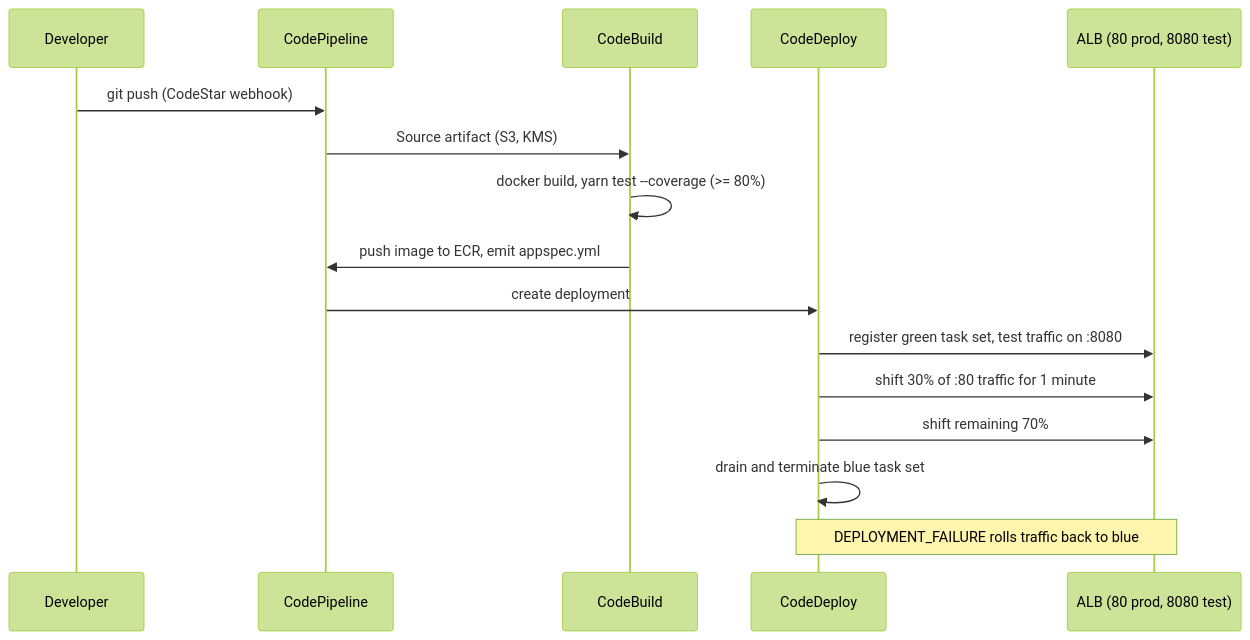
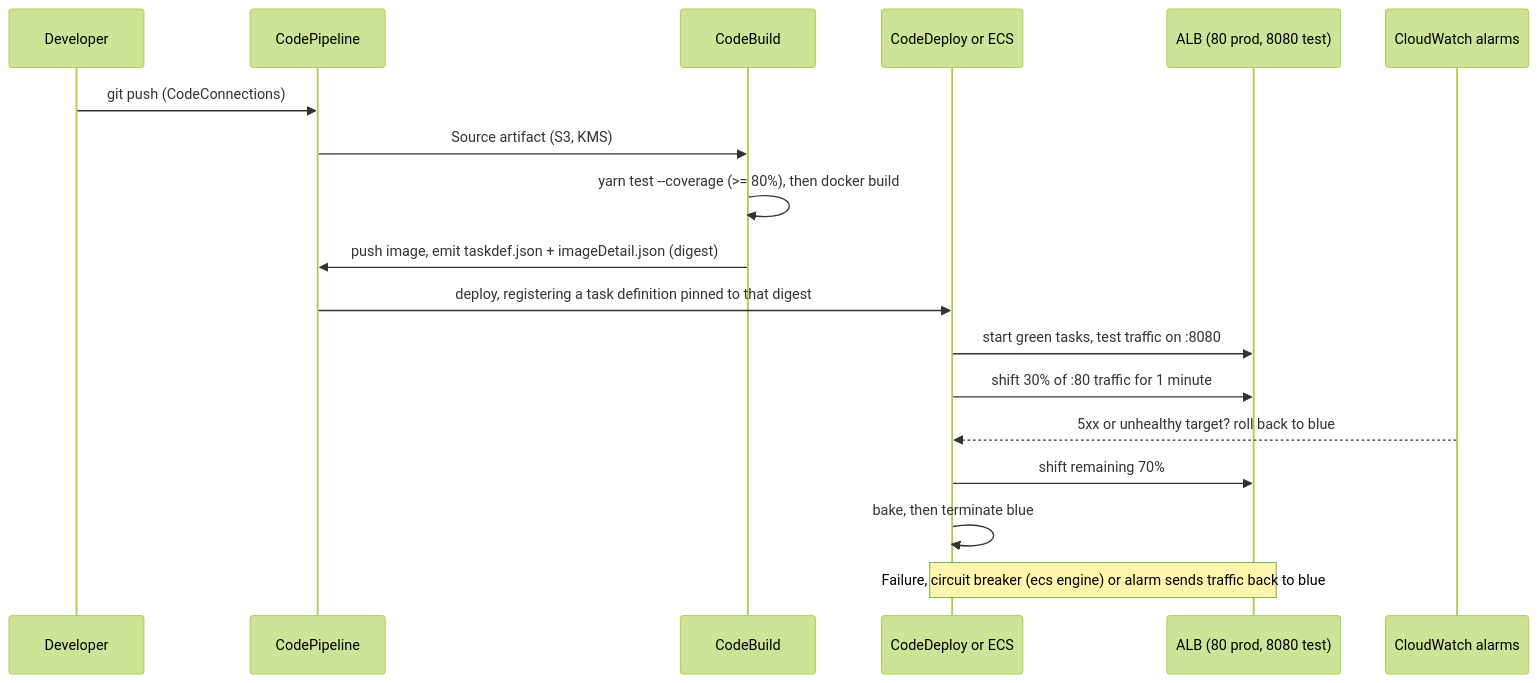
One commit to Sagargupta16/Blue_Green_AWS_Terraform changed the second of 2 diagrams in README.md. Above: the diagram before and after it, drawn with Mermaid (forest theme). The commit also changed other lines of this file and 50 other files, not shown here.

First line of the commit message:
feat: ecs native blue/green, digest-pinned deploys, alarm rollback and s3 state (#75)

````diff
--- a/README.md
+++ b/README.md
@@ -213,18 +265,20 @@
 ```mermaid
 sequenceDiagram
     participant Dev as Developer
     participant CP as CodePipeline
     participant CB as CodeBuild
-    participant CD as CodeDeploy
+    participant CD as CodeDeploy or ECS
     participant ALB as ALB (80 prod, 8080 test)
-    Dev->>CP: git push (CodeStar webhook)
+    participant CW as CloudWatch alarms
+    Dev->>CP: git push (CodeConnections)
     CP->>CB: Source artifact (S3, KMS)
-    CB->>CB: docker build, yarn test --coverage (>= 80%)
-    CB->>CP: push image to ECR, emit appspec.yml
-    CP->>CD: create deployment
-    CD->>ALB: register green task set, test traffic on :8080
+    CB->>CB: yarn test --coverage (>= 80%), then docker build
+    CB->>CP: push image, emit taskdef.json + imageDetail.json (digest)
+    CP->>CD: deploy, registering a task definition pinned to that digest
+    CD->>ALB: start green tasks, test traffic on :8080
     CD->>ALB: shift 30% of :80 traffic for 1 minute
+    CW-->>CD: 5xx or unhealthy target? roll back to blue
     CD->>ALB: shift remaining 70%
-    CD->>CD: drain and terminate blue task set
-    Note over CD,ALB: DEPLOYMENT_FAILURE rolls traffic back to blue
+    CD->>CD: bake, then terminate blue
+    Note over CD,ALB: Failure, circuit breaker (ecs engine) or alarm sends traffic back to blue
 ```
````
